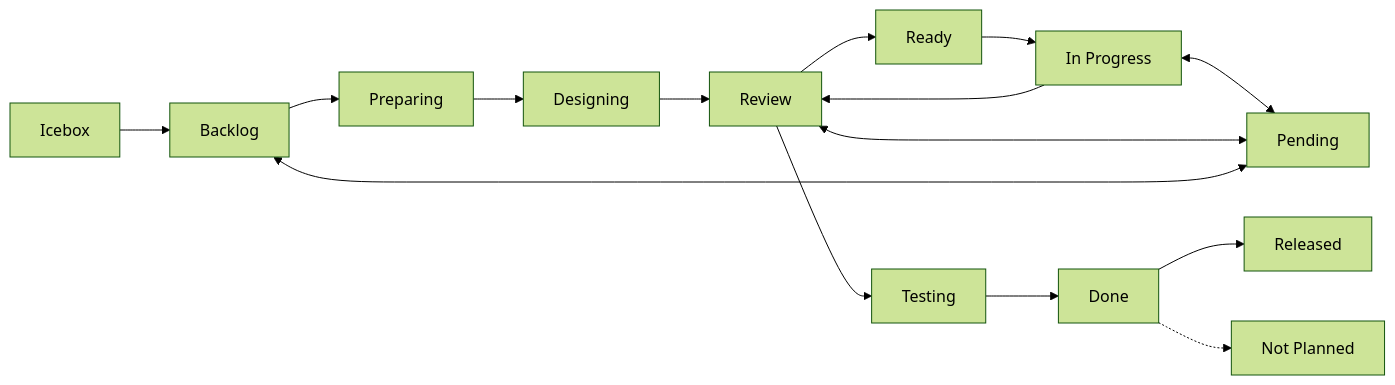
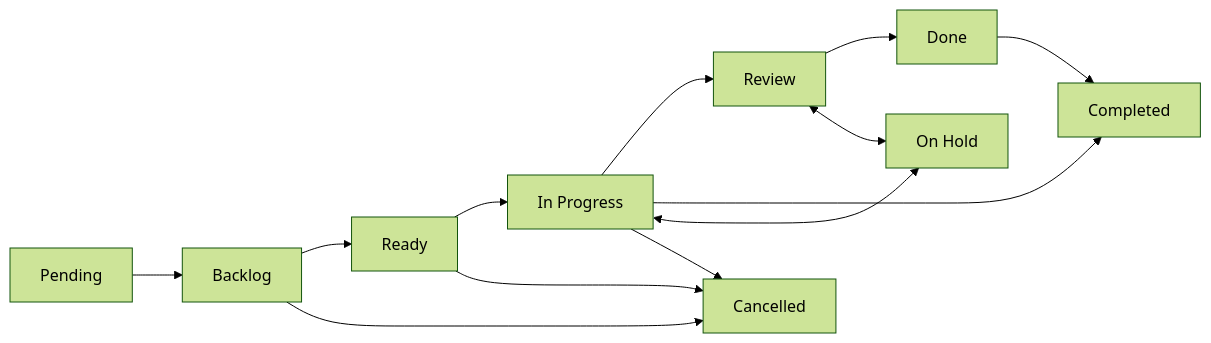
Before and after one commit to ShirokumaLibrary/shirokuma-plugins: the diagram in shirokuma-skills-en/rules/github/project-items.md, drawn with Mermaid (forest theme). The commit also changed other lines of this file and 59 other files, not shown here.

````diff
--- a/shirokuma-skills-en/rules/github/project-items.md
+++ b/shirokuma-skills-en/rules/github/project-items.md
@@ -22,9 +22,12 @@
 ```mermaid
 graph LR
-  Icebox --> Backlog --> Preparing --> Designing --> Review
-  Review --> Ready --> InProgress[In Progress] --> Review --> Testing --> Done --> Released
-  InProgress <--> Pending
-  Review <--> Pending
-  Backlog <--> Pending
-  Done -.-> NotPlanned[Not Planned]
+  Pending2[Pending] --> Backlog --> Ready --> InProgress[In Progress]
+  InProgress --> Review --> Done
+  InProgress --> Completed
+  InProgress <--> OnHold[On Hold]
+  Review <--> OnHold
+  Backlog --> Cancelled
+  Ready --> Cancelled
+  InProgress --> Cancelled
+  Done --> Completed
 ```
````
